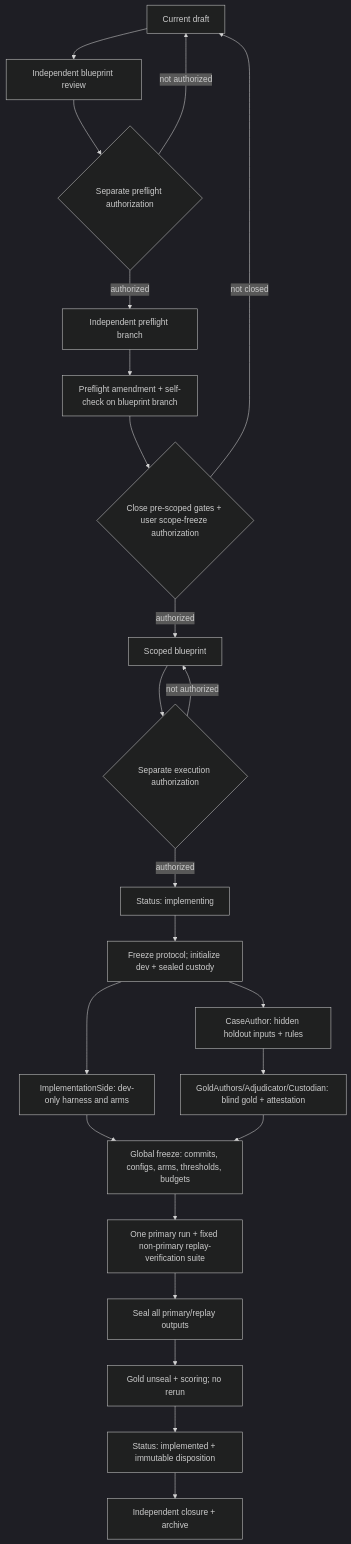
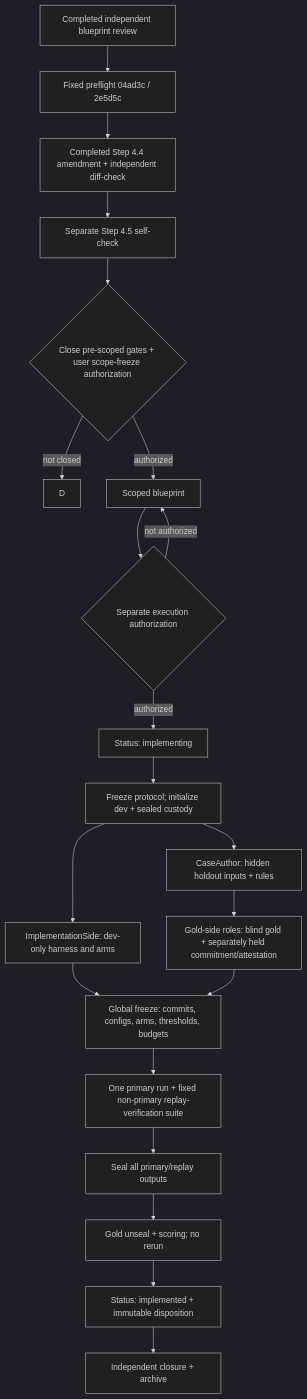
One commit to Symbolic-Intelligence-Org/factgraph changed the diagram in workflow/blueprints/active/2026-08-11_meander-case-bundle-feasibility.md. Above: the diagram before and after it, drawn with Mermaid (dark theme). The commit also changed other lines of this file and 1 other file, not shown here.

Commit message:
docs: amend Meander feasibility blueprint after preflight

````diff
--- a/workflow/blueprints/active/2026-08-11_meander-case-bundle-feasibility.md
+++ b/workflow/blueprints/active/2026-08-11_meander-case-bundle-feasibility.md
@@ -467,25 +684,23 @@
 ```mermaid
 flowchart TD
-  D["Current draft"] --> R["Independent blueprint review"]
-  R --> PA{"Separate preflight authorization"}
-  PA -->|"not authorized"| D
-  PA -->|"authorized"| P["Independent preflight branch"]
-  P --> AM["Preflight amendment + self-check on blueprint branch"]
-  AM --> G{"Close pre-scoped gates + user scope-freeze authorization"}
+  R["Completed independent blueprint review"] --> P["Fixed preflight 04ad3c / 2e5d5c"]
+  P --> AM["Completed Step 4.4 amendment + independent diff-check"]
+  AM --> SC["Separate Step 4.5 self-check"]
+  SC --> G{"Close pre-scoped gates + user scope-freeze authorization"}
   G -->|"not closed"| D
   G -->|"authorized"| S["Scoped blueprint"]
   S --> E{"Separate execution authorization"}
   E -->|"not authorized"| S
   E -->|"authorized"| I["Status: implementing"]
   I --> C["Freeze protocol; initialize dev + sealed custody"]
   C --> H1["ImplementationSide: dev-only harness and arms"]
   C --> CA["CaseAuthor: hidden holdout inputs + rules"]
-  CA --> H2["GoldAuthors/Adjudicator/Custodian: blind gold + attestation"]
+  CA --> H2["Gold-side roles: blind gold + separately held commitment/attestation"]
   H1 --> F["Global freeze: commits, configs, arms, thresholds, budgets"]
   H2 --> F
   F --> O["One primary run + fixed non-primary replay-verification suite"]
   O --> Z["Seal all primary/replay outputs"]
   Z --> U["Gold unseal + scoring; no rerun"]
   U --> IM["Status: implemented + immutable disposition"]
   IM --> A["Independent closure + archive"]
 ```
````
